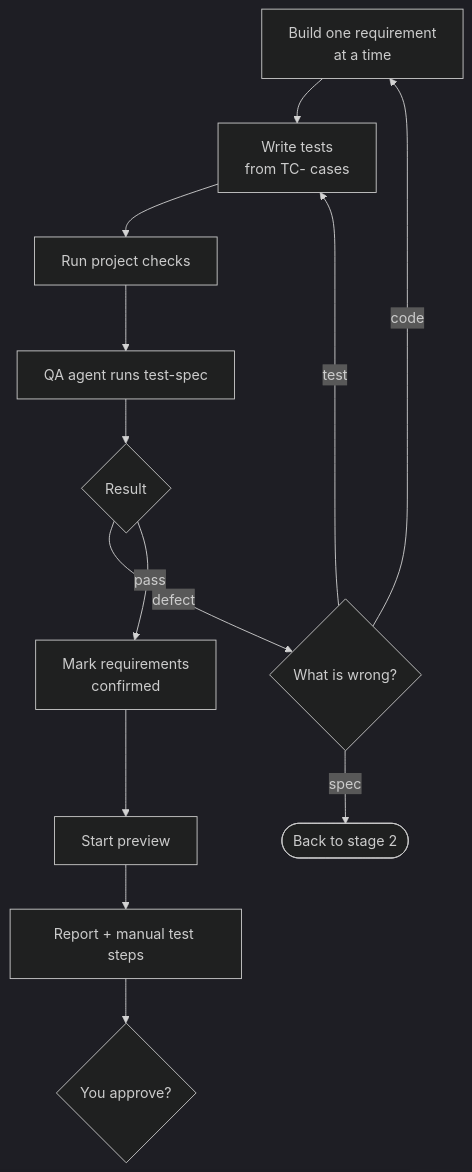
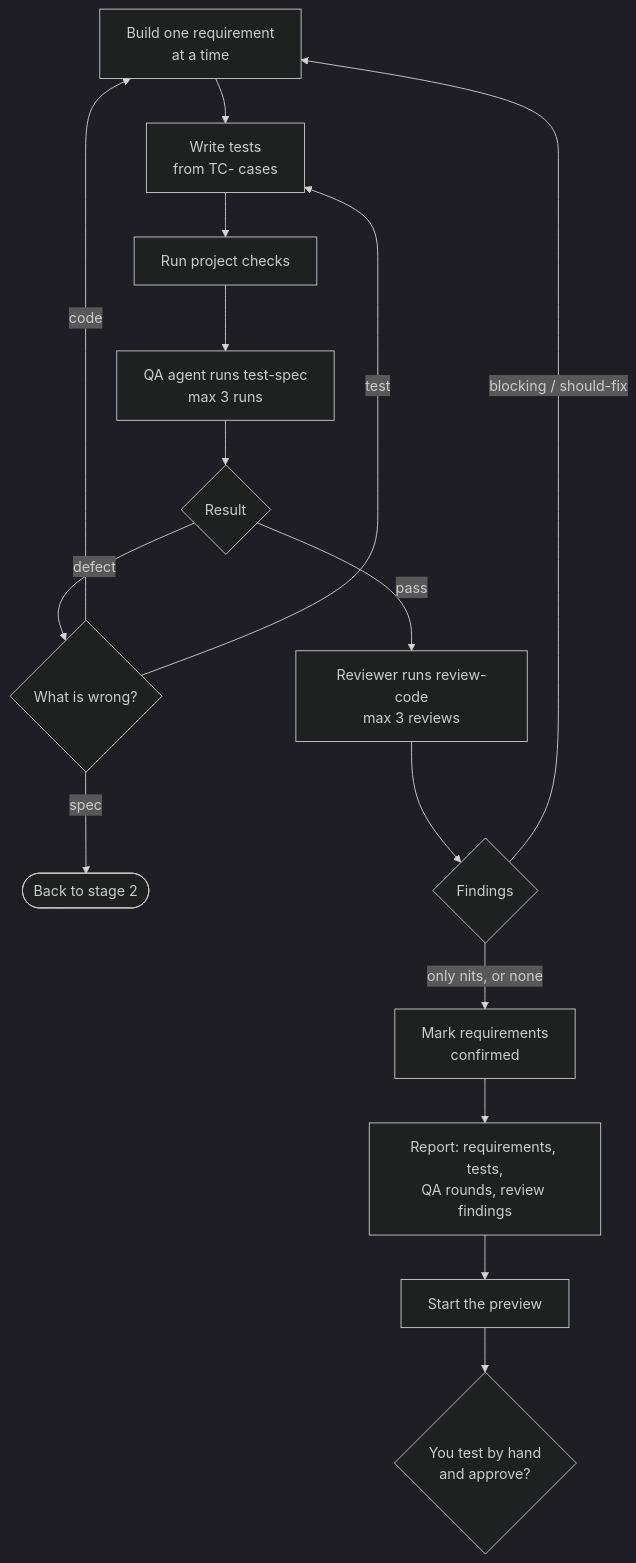
The fifth of 6 diagrams in DEVELOPMENT_FLOW.md (Hayko97/cclinic), drawn with Mermaid (dark theme) before and after one commit. The commit also changed other lines of this file and 5 other files, not shown here.

Commit message:
docs: rewrite the readme and flow guides, and add the gui flow

````diff
--- a/DEVELOPMENT_FLOW.md
+++ b/DEVELOPMENT_FLOW.md
@@ -101,15 +119,18 @@
 ```mermaid
 flowchart TD
     I[Build one requirement<br/>at a time] --> T[Write tests<br/>from TC- cases]
     T --> C[Run project checks]
-    C --> QA[QA agent runs test-spec]
+    C --> QA[QA agent runs test-spec<br/>max 3 runs]
     QA --> R{Result}
     R -- defect --> D{What is wrong?}
     D -- code --> I
     D -- test --> T
     D -- spec --> Back([Back to stage 2])
-    R -- pass --> U[Mark requirements<br/>confirmed]
-    U --> PV[Start preview]
-    PV --> Rep[Report + manual test steps]
-    Rep --> Ask{You approve?}
+    R -- pass --> CR[Reviewer runs review-code<br/>max 3 reviews]
+    CR --> F{Findings}
+    F -- blocking / should-fix --> I
+    F -- only nits, or none --> U[Mark requirements<br/>confirmed]
+    U --> Rep[Report: requirements, tests,<br/>QA rounds, review findings]
+    Rep --> PV[Start the preview]
+    PV --> Ask{You test by hand<br/>and approve?}
 ```
````
